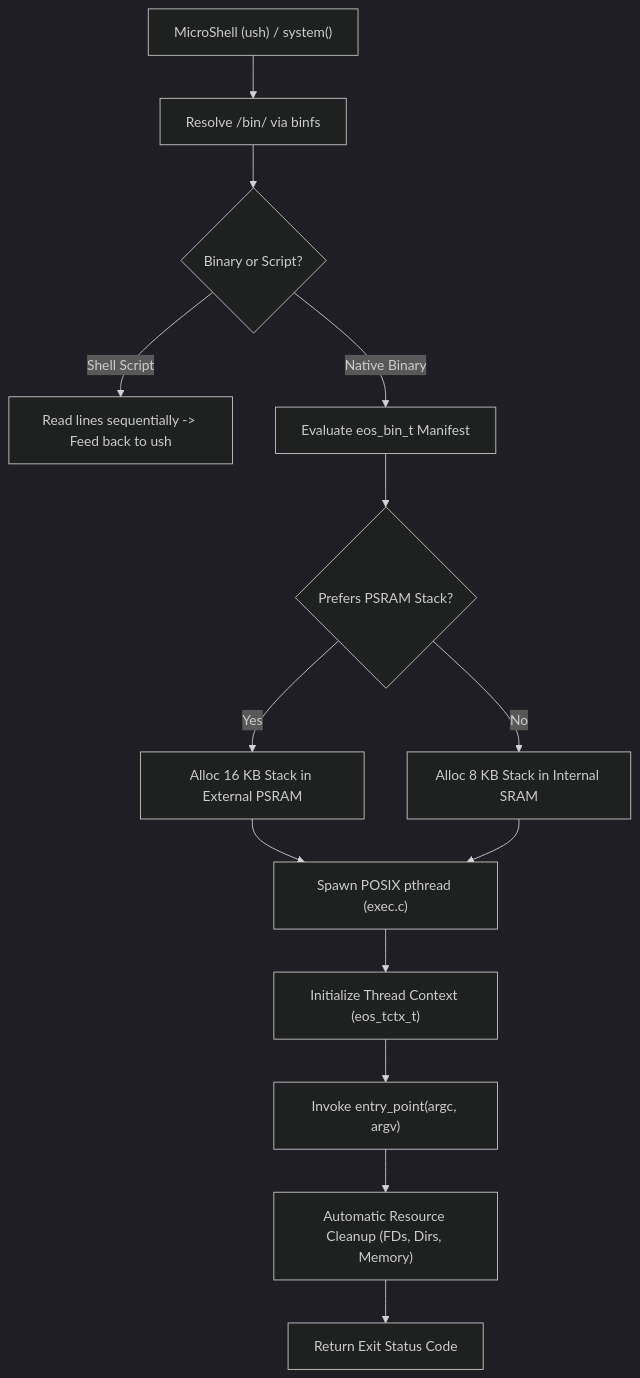
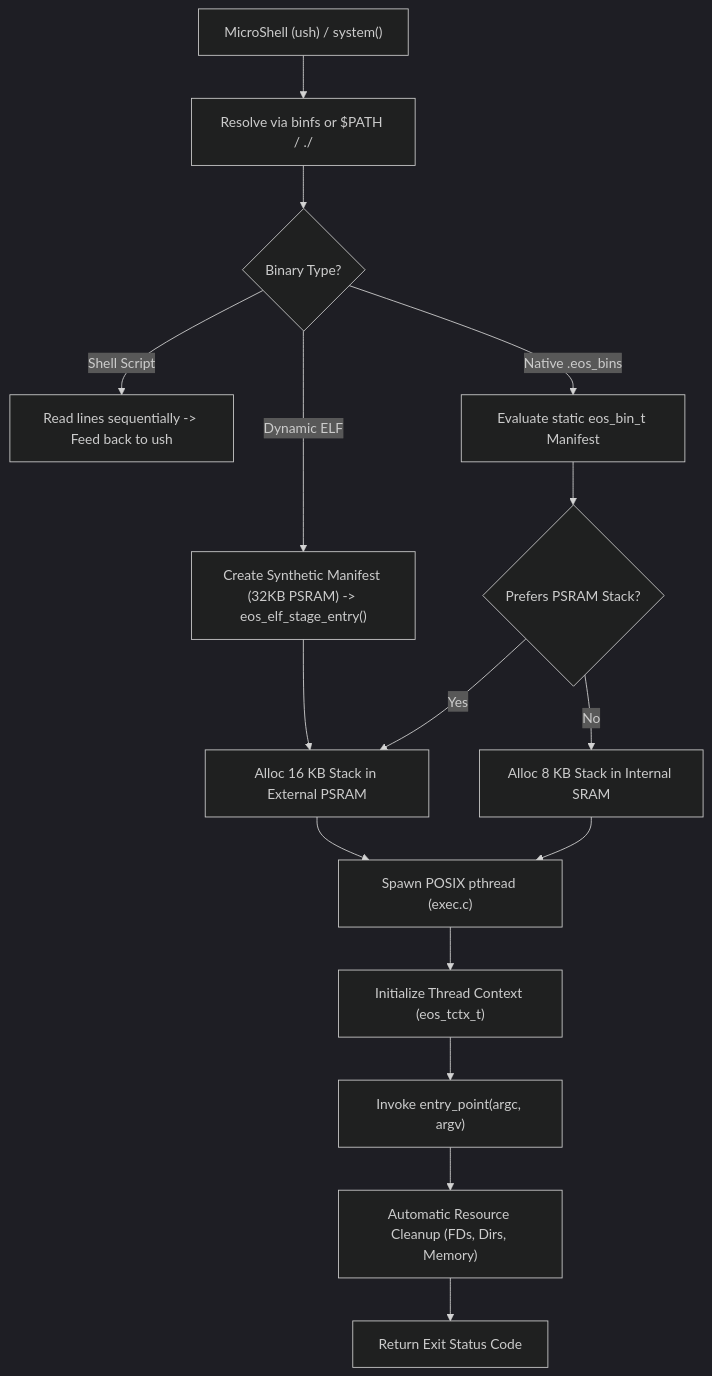
Before and after one commit to frostmorn/eos: the diagram in docs/binaries/execution-architecture.md, drawn with Mermaid (dark theme). The commit also changed other lines of this file and 21 other files, not shown here.

````diff
--- a/docs/binaries/execution-architecture.md
+++ b/docs/binaries/execution-architecture.md
@@ -80,20 +80,22 @@
 ```mermaid
 flowchart TD
-    Shell["MicroShell (ush) / system()"] --> Resolve["Resolve /bin/<name> via binfs"]
-    Resolve --> CheckType{"Binary or Script?"}
+    Shell["MicroShell (ush) / system()"] --> Resolve["Resolve via binfs or $PATH / ./"]
+    Resolve --> CheckType{"Binary Type?"}
     
     CheckType -->|Shell Script| ExecScript["Read lines sequentially -> Feed back to ush"]
-    CheckType -->|Native Binary| Manifest["Evaluate eos_bin_t Manifest"]
+    CheckType -->|Dynamic ELF| ELFStage["Create Synthetic Manifest (32KB PSRAM) -> eos_elf_stage_entry()"]
+    CheckType -->|Native .eos_bins| Manifest["Evaluate static eos_bin_t Manifest"]
     
     Manifest --> StackCheck{"Prefers PSRAM Stack?"}
     StackCheck -->|Yes| AllocPSRAM["Alloc 16 KB Stack in External PSRAM"]
     StackCheck -->|No| AllocSRAM["Alloc 8 KB Stack in Internal SRAM"]
+    ELFStage --> AllocPSRAM
     
     AllocPSRAM --> Pthread["Spawn POSIX pthread (exec.c)"]
     AllocSRAM --> Pthread
     
     Pthread --> SetupTLS["Initialize Thread Context (eos_tctx_t)"]
     SetupTLS --> Run["Invoke entry_point(argc, argv)"]
     Run --> Cleanup["Automatic Resource Cleanup (FDs, Dirs, Memory)"]
     Cleanup --> Join["Return Exit Status Code"]
 ```
````
